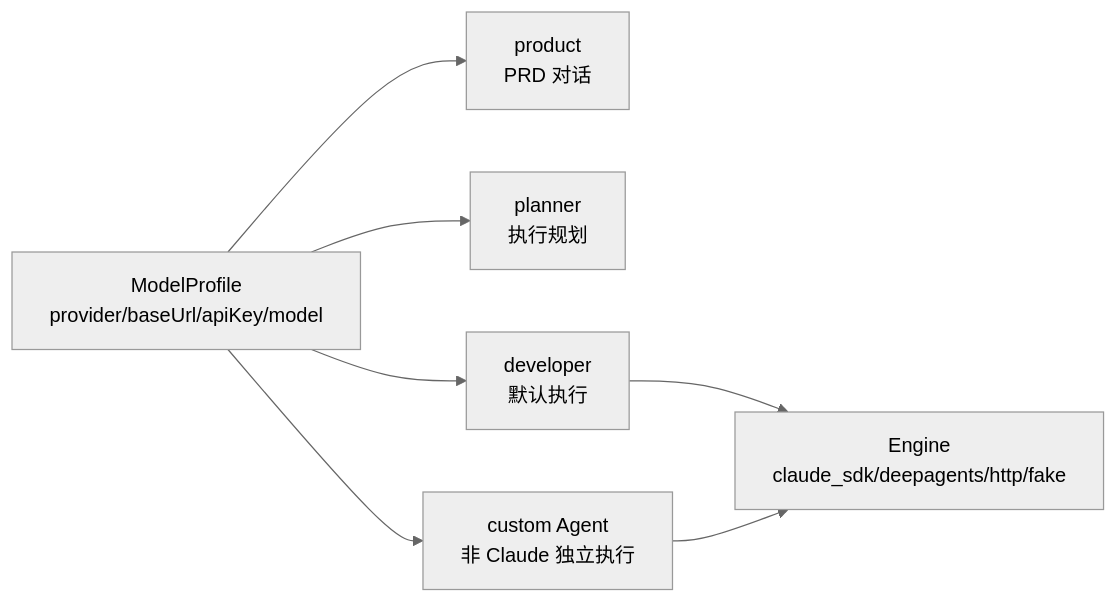
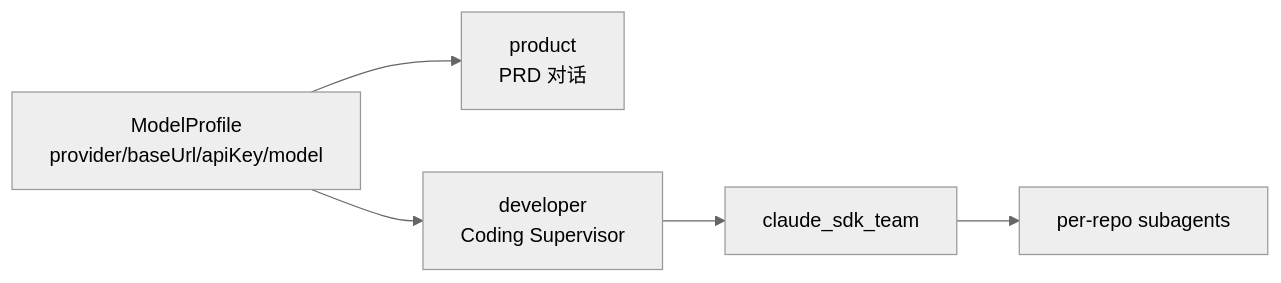
One commit to IsNoOneHere/asterism changed the first of 3 diagrams in docs/architecture.md. Above: the diagram before and after it, drawn with Mermaid (neutral theme). The commit also changed other lines of this file and 70 other files, not shown here.

Commit message:
refactor: retire legacy execution architecture

````diff
--- a/docs/architecture.md
+++ b/docs/architecture.md
@@ -9,9 +11,7 @@
 ```mermaid
 flowchart LR
     P["ModelProfile\nprovider/baseUrl/apiKey/model"] --> U["product\nPRD 对话"]
-    P --> L["planner\n执行规划"]
-    P --> D["developer\n默认执行"]
-    P --> C["custom Agent\n非 Claude 独立执行"]
-    D --> E["Engine\nclaude_sdk/deepagents/http/fake"]
-    C --> E
+    P --> D["developer\nCoding Supervisor"]
+    D --> E["claude_sdk_team"]
+    E --> R["per-repo subagents"]
 ```
````
